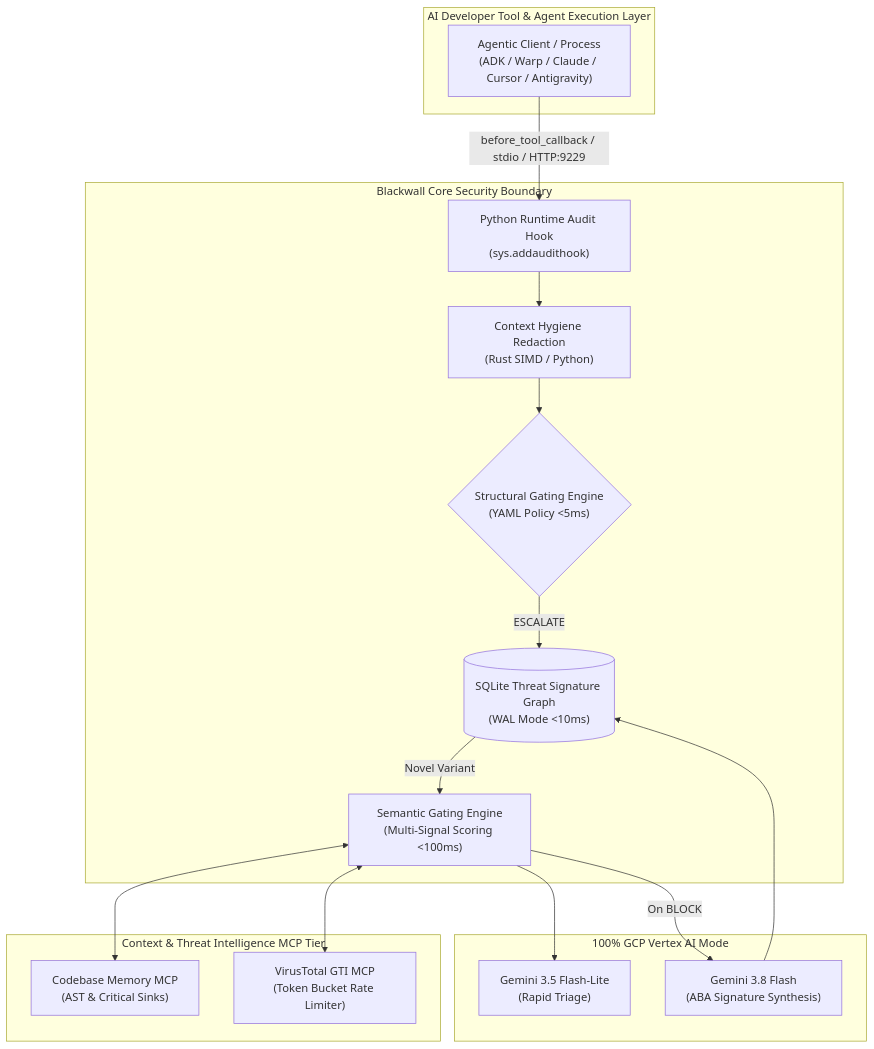
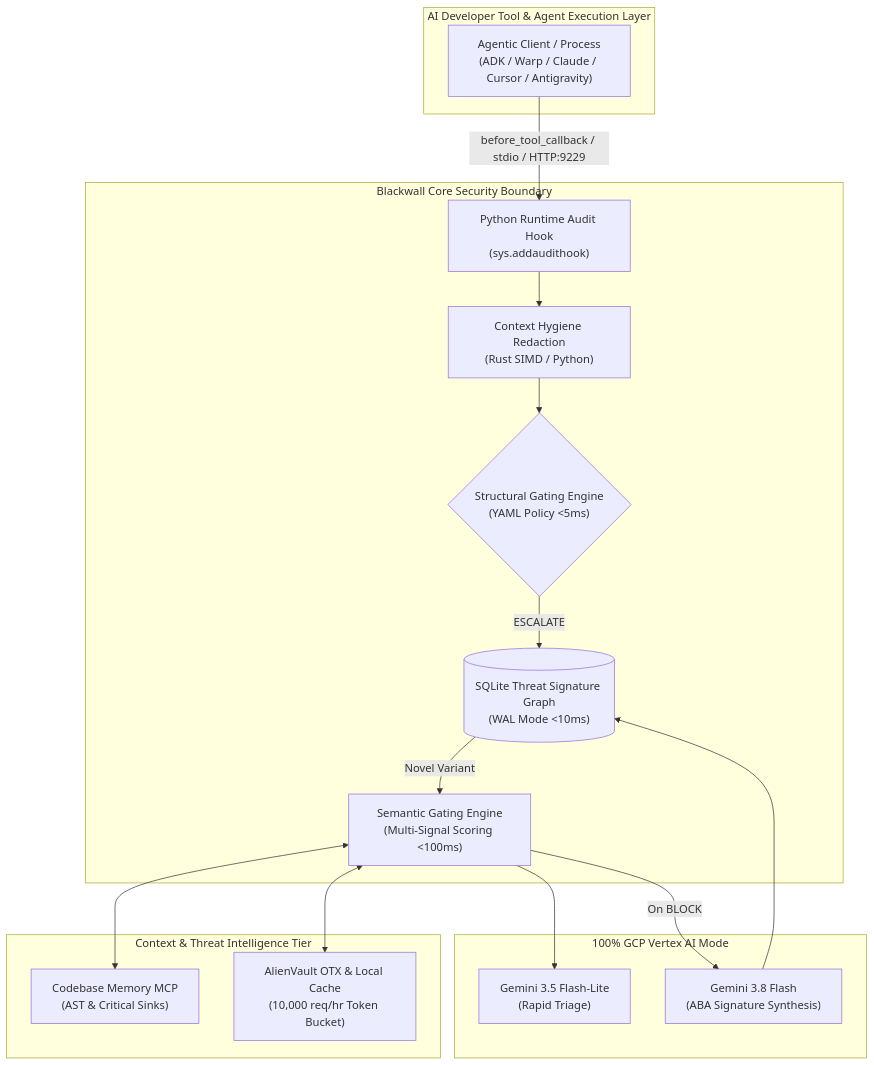
Before and after one commit to JAaron93/Blackwall: the first of 3 diagrams in README.md, drawn with Mermaid. The commit also changed other lines of this file and 5 other files, not shown here.

First line of the commit message:
docs: update documentation and Greptile configuration for AlienVault OTX Threat Intelligence engine

````diff
--- a/README.md
+++ b/README.md
@@ -402,35 +402,35 @@
 ```mermaid
 flowchart TD
     subgraph ClientLayer["AI Developer Tool & Agent Execution Layer"]
         AgentClient["Agentic Client / Process<br/>(ADK / Warp / Claude / Cursor / Antigravity)"]
     end
 
     subgraph CoreBoundary["Blackwall Core Security Boundary"]
         AuditHook["Python Runtime Audit Hook<br/>(sys.addaudithook)"]
         ContextHygiene["Context Hygiene Redaction<br/>(Rust SIMD / Python)"]
         StructuralEngine{"Structural Gating Engine<br/>(YAML Policy &lt;5ms)"}
         TSG[("SQLite Threat Signature Graph<br/>(WAL Mode &lt;10ms)")]
         SemanticEngine["Semantic Gating Engine<br/>(Multi-Signal Scoring &lt;100ms)"]
     end
 
-    subgraph MCPLayer["Context & Threat Intelligence MCP Tier"]
+    subgraph MCPLayer["Context & Threat Intelligence Tier"]
         CBM["Codebase Memory MCP<br/>(AST & Critical Sinks)"]
-        GTI["VirusTotal GTI MCP<br/>(Token Bucket Rate Limiter)"]
+        TI["AlienVault OTX & Local Cache<br/>(10,000 req/hr Token Bucket)"]
     end
 
     subgraph LLMLayer["100% GCP Vertex AI Mode"]
         GeminiFlash["Gemini 3.5 Flash-Lite<br/>(Rapid Triage)"]
         GeminiReason["Gemini 3.8 Flash<br/>(ABA Signature Synthesis)"]
     end
 
     AgentClient -->|"before_tool_callback / stdio / HTTP:9229"| AuditHook
     AuditHook --> ContextHygiene
     ContextHygiene --> StructuralEngine
     StructuralEngine -- "ESCALATE" --> TSG
     TSG -- "Novel Variant" --> SemanticEngine
     SemanticEngine <--> CBM
-    SemanticEngine <--> GTI
+    SemanticEngine <--> TI
     SemanticEngine --> GeminiFlash
     SemanticEngine -- "On BLOCK" --> GeminiReason
     GeminiReason --> TSG
 ```
````
